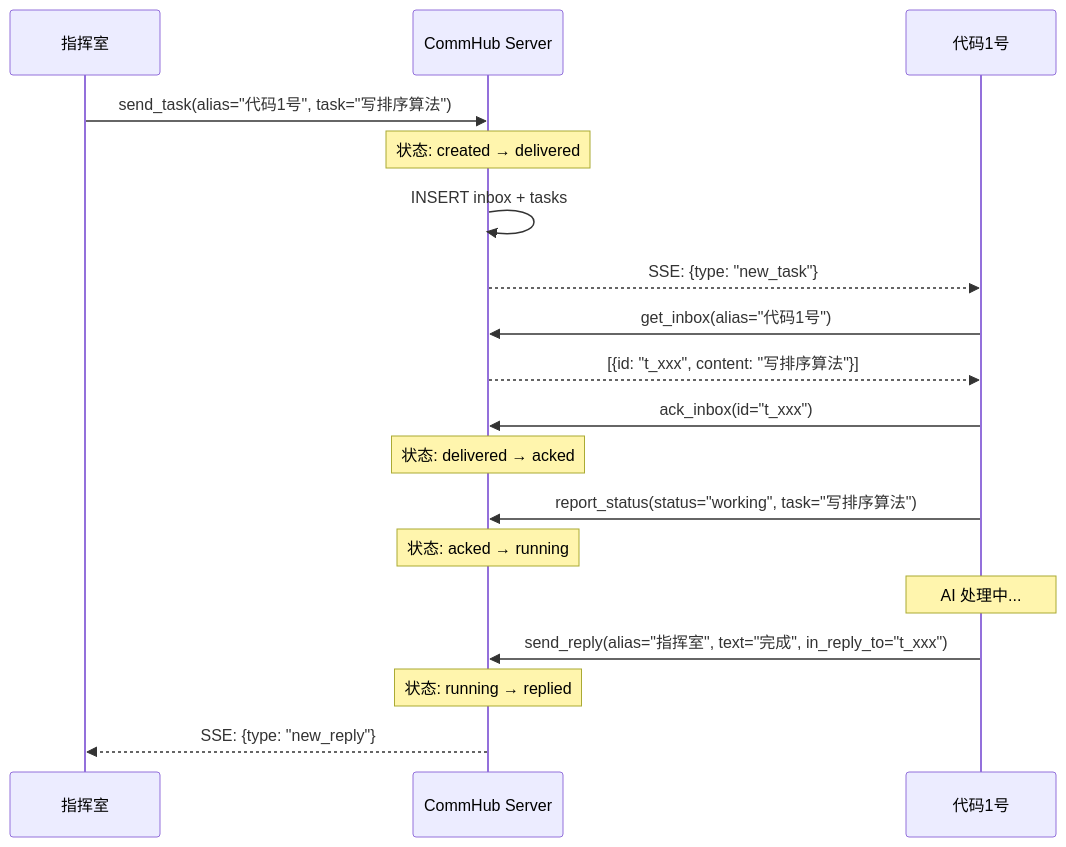
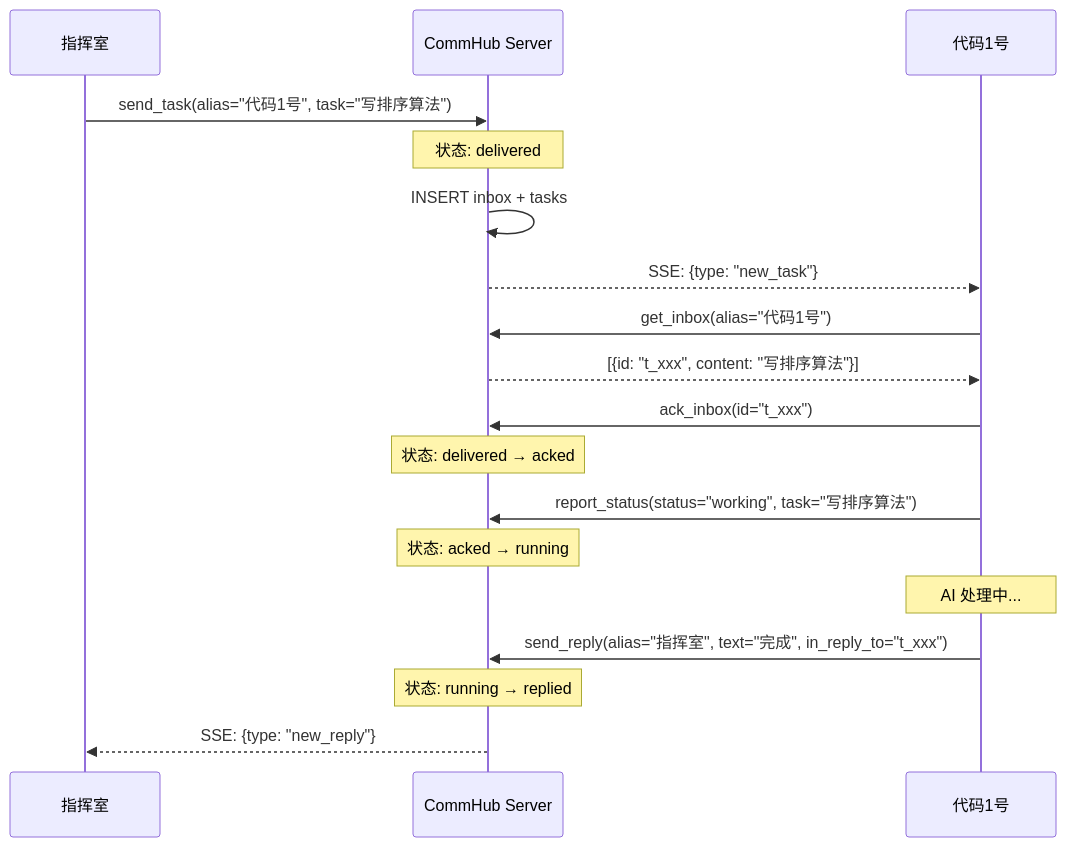
The second of 5 diagrams in docs-site/docs/concepts/task-lifecycle.md (sleep2agi/agent-network), drawn with Mermaid before and after one commit. The commit also changed other lines of this file and 7 other files, not shown here.

````diff
--- a/docs-site/docs/concepts/task-lifecycle.md
+++ b/docs-site/docs/concepts/task-lifecycle.md
@@ -77,27 +66,27 @@
 ```mermaid
 sequenceDiagram
     participant H as 指挥室
     participant S as CommHub Server
     participant A as 代码1号
 
     H->>S: send_task(alias="代码1号", task="写排序算法")
-    Note over S: 状态: created → delivered
+    Note over S: 状态: delivered
     S->>S: INSERT inbox + tasks
     S-->>A: SSE: {type: "new_task"}
 
     A->>S: get_inbox(alias="代码1号")
     S-->>A: [{id: "t_xxx", content: "写排序算法"}]
 
     A->>S: ack_inbox(id="t_xxx")
     Note over S: 状态: delivered → acked
 
     A->>S: report_status(status="working", task="写排序算法")
     Note over S: 状态: acked → running
 
     Note over A: AI 处理中...
 
     A->>S: send_reply(alias="指挥室", text="完成", in_reply_to="t_xxx")
     Note over S: 状态: running → replied
 
     S-->>H: SSE: {type: "new_reply"}
 ```
````
